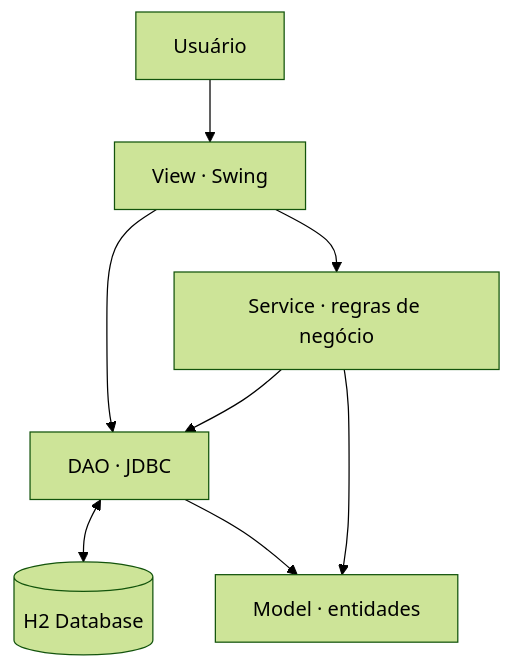
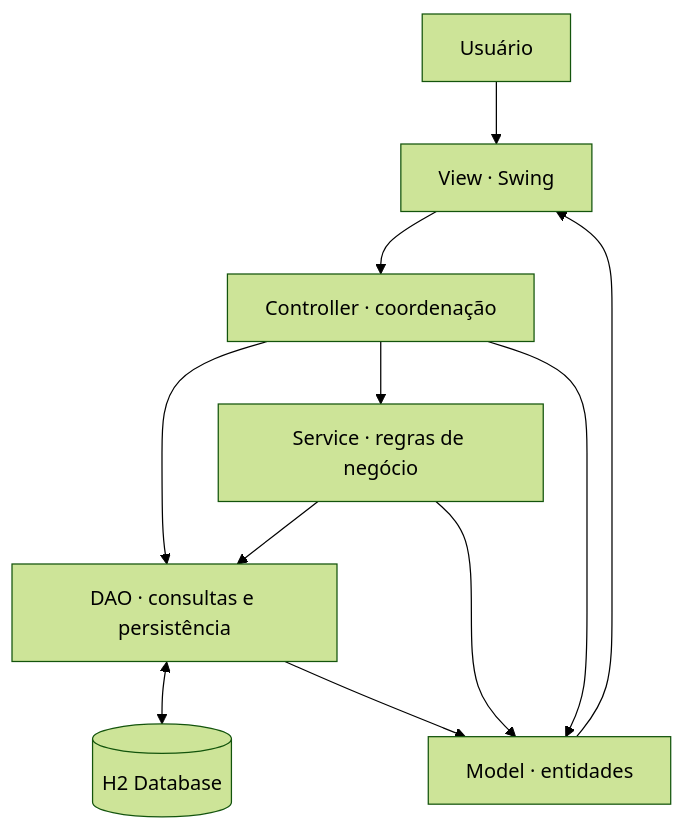
Before and after one commit to brennocoelho/EstoqueFlow: the diagram in README.md, drawn with Mermaid (forest theme). The commit also changed other lines of this file and 3 other files, not shown here.

Commit message:
refactor: implement MVC controller architecture

````diff
--- a/README.md
+++ b/README.md
@@ -54,10 +54,13 @@
 ```mermaid
 flowchart TD
     U[Usuário] --> V[View · Swing]
-    V --> S[Service · regras de negócio]
-    V --> D[DAO · JDBC]
+    V --> C[Controller · coordenação]
+    C --> S[Service · regras de negócio]
+    C --> D[DAO · consultas e persistência]
     S --> D
     D <--> B[(H2 Database)]
     D --> M[Model · entidades]
     S --> M
+    C --> M
+    M --> V
 ```
````
